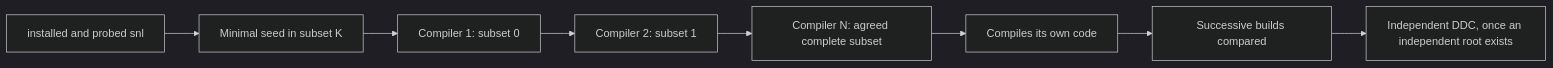
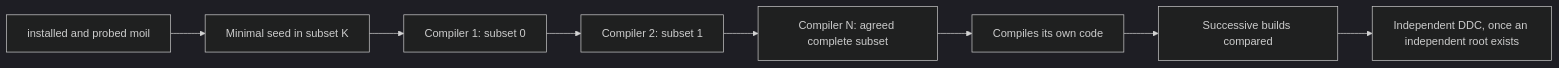
One commit to moislang/moil changed the first of 2 diagrams in docs/architecture/overview.md. Above: the diagram before and after it, drawn with Mermaid (dark theme). The commit also changed other lines of this file and 124 other files, not shown here.

````diff
--- a/docs/architecture/overview.md
+++ b/docs/architecture/overview.md
@@ -29,10 +29,10 @@
 ```mermaid
 flowchart LR
-  H[installed and probed snl] --> K[Minimal seed in subset K]
+  H[installed and probed moil] --> K[Minimal seed in subset K]
   K --> C1[Compiler 1: subset 0]
   C1 --> C2[Compiler 2: subset 1]
   C2 --> C3[Compiler N: agreed complete subset]
   C3 --> SH[Compiles its own code]
   SH --> FP[Successive builds compared]
   FP --> DDC[Independent DDC, once an independent root exists]
 ```
````
